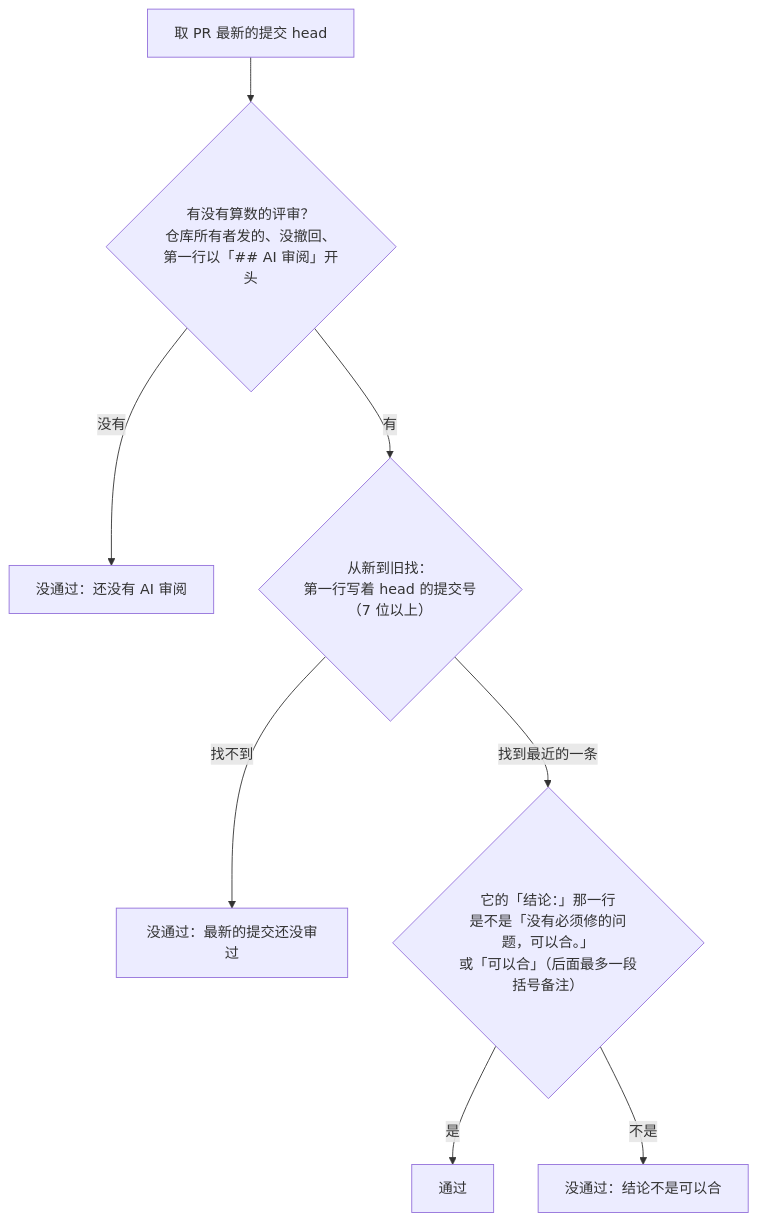
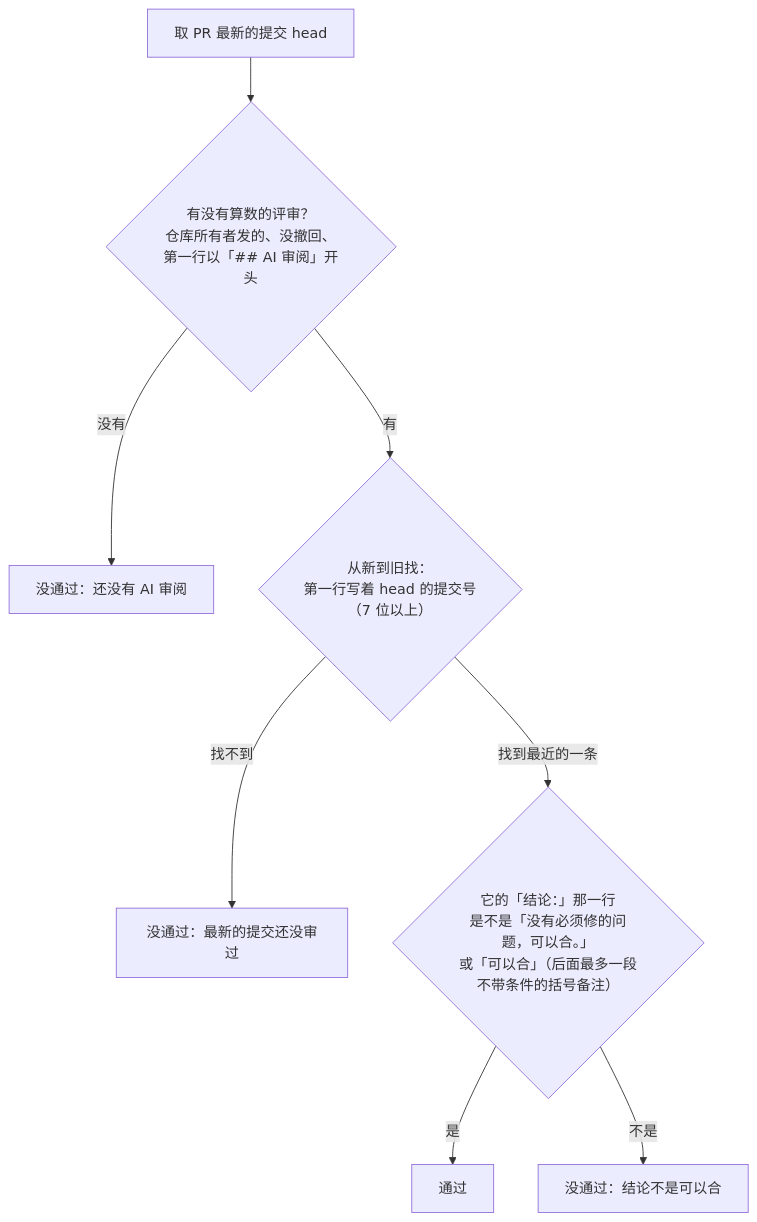
One commit to chunbin1/health-trail changed the second of 3 diagrams in docs/ai-review-flow.md. Above: the diagram before and after it, drawn with Mermaid. The commit also changed other lines of this file and 4 other files, not shown here.

````diff
--- a/docs/ai-review-flow.md
+++ b/docs/ai-review-flow.md
@@ -30,10 +30,10 @@
 ```mermaid
 flowchart TD
     S["取 PR 最新的提交 head"] --> F{"有没有算数的评审？<br/>仓库所有者发的、没撤回、<br/>第一行以「## AI 审阅」开头"}
     F -->|"没有"| N1["没通过：还没有 AI 审阅"]
     F -->|"有"| H{"从新到旧找：<br/>第一行写着 head 的提交号<br/>（7 位以上）"}
     H -->|"找不到"| N2["没通过：最新的提交还没审过"]
-    H -->|"找到最近的一条"| C{"它的「结论：」那一行<br/>是不是「没有必须修的问题，可以合。」<br/>或「可以合」（后面最多一段括号备注）"}
+    H -->|"找到最近的一条"| C{"它的「结论：」那一行<br/>是不是「没有必须修的问题，可以合。」<br/>或「可以合」（后面最多一段不带条件的括号备注）"}
     C -->|"是"| Y["通过"]
     C -->|"不是"| N3["没通过：结论不是可以合"]
 ```
````
